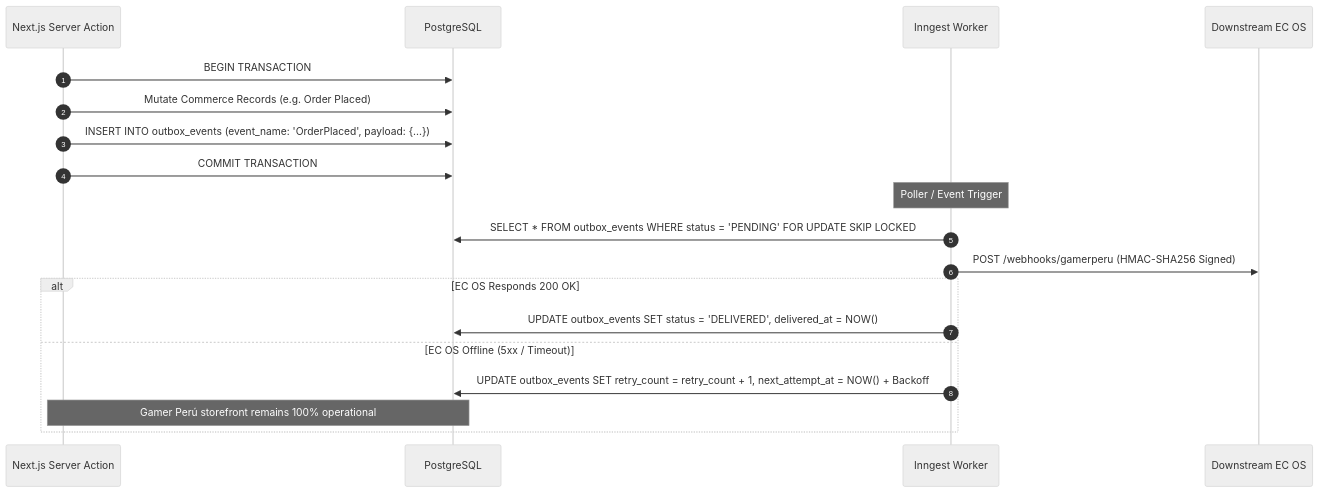
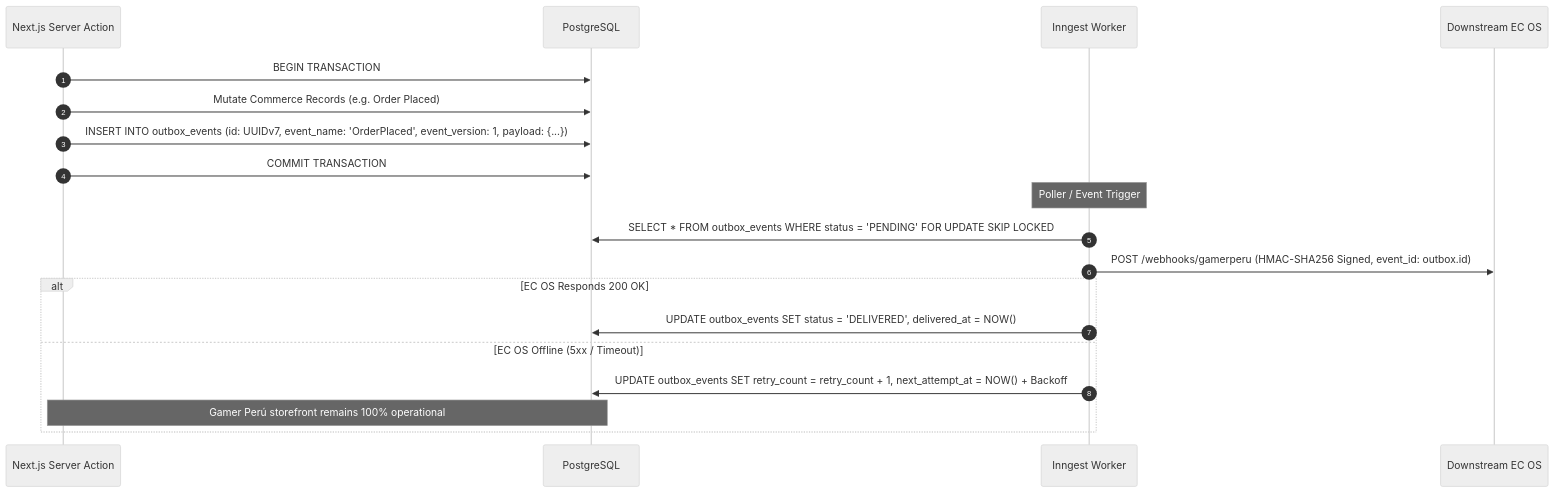
One commit to SaeBryxn/GamerPeru-Vercel changed diagram 15 of 15 in docs/architecture/COMMERCE_DOMAIN_MODEL.md. Above: the diagram before and after it, drawn with Mermaid (neutral theme). The commit also changed other lines of this file and 1 other file, not shown here.

Commit message:
docs: finalize GP-004 schema readiness

````diff
--- a/docs/architecture/COMMERCE_DOMAIN_MODEL.md
+++ b/docs/architecture/COMMERCE_DOMAIN_MODEL.md
@@ -1431,23 +1489,23 @@
 ```mermaid
 sequenceDiagram
     autonumber
     participant App as Next.js Server Action
     participant DB as PostgreSQL
     participant Inngest as Inngest Worker
     participant ECOS as Downstream EC OS
 
     App->>DB: BEGIN TRANSACTION
     App->>DB: Mutate Commerce Records (e.g. Order Placed)
-    App->>DB: INSERT INTO outbox_events (event_name: 'OrderPlaced', payload: {...})
+    App->>DB: INSERT INTO outbox_events (id: UUIDv7, event_name: 'OrderPlaced', event_version: 1, payload: {...})
     App->>DB: COMMIT TRANSACTION
     
     Note over Inngest: Poller / Event Trigger
     Inngest->>DB: SELECT * FROM outbox_events WHERE status = 'PENDING' FOR UPDATE SKIP LOCKED
-    Inngest->>ECOS: POST /webhooks/gamerperu (HMAC-SHA256 Signed)
+    Inngest->>ECOS: POST /webhooks/gamerperu (HMAC-SHA256 Signed, event_id: outbox.id)
     alt EC OS Responds 200 OK
         Inngest->>DB: UPDATE outbox_events SET status = 'DELIVERED', delivered_at = NOW()
     else EC OS Offline (5xx / Timeout)
         Inngest->>DB: UPDATE outbox_events SET retry_count = retry_count + 1, next_attempt_at = NOW() + Backoff
         Note over App,DB: Gamer Perú storefront remains 100% operational
     end
 ```
````
